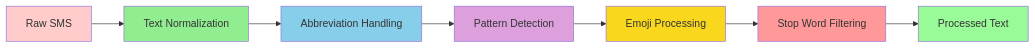
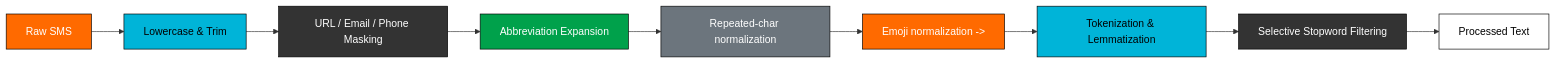
Before and after one commit to fahiiim/Advanced-SMS-SPAM-Classification-STI-Client-Project: the fifth of 5 diagrams in README.md, drawn with Mermaid. The commit also changed other lines of this file, not shown here.

Commit message:
Revise README with technical details and contributor info
Updated technical details and project workflow sections in README.md. Changed project contributor name.

````diff
--- a/README.md
+++ b/README.md
@@ -116,17 +127,21 @@
 ```mermaid
 flowchart LR
-    A[Raw SMS] --> B[Text Normalization]
-    B --> C[Abbreviation Handling]
-    C --> D[Pattern Detection]
-    D --> E[Emoji Processing]
-    E --> F[Stop Word Filtering]
-    F --> G[Processed Text]
+    Raw[Raw SMS] --> Clean[Lowercase & Trim]
+    Clean --> Mask[URL / Email / Phone Masking]
+    Mask --> Abbrev[Abbreviation Expansion]
+    Abbrev --> Repeat[Repeated-char normalization]
+    Repeat --> Emoji[Emoji normalization -> <emoji>]
+    Emoji --> Token[Tokenization & Lemmatization]
+    Token --> Stop[Selective Stopword Filtering]
+    Stop --> Output[Processed Text]
 
-    style A fill:#ffcccb
-    style B fill:#90ee90
-    style C fill:#87ceeb
-    style D fill:#dda0dd
-    style E fill:#f9d71c
-    style F fill:#ff9999
-    style G fill:#98fb98
+    style Raw fill:#FF6A00,stroke:#000000,color:#ffffff
+    style Clean fill:#00B4D8,stroke:#000000,color:#000000
+    style Mask fill:#333333,stroke:#000000,color:#ffffff
+    style Abbrev fill:#00A14B,stroke:#000000,color:#ffffff
+    style Repeat fill:#6C757D,stroke:#000000,color:#ffffff
+    style Emoji fill:#FF6A00,stroke:#000000,color:#ffffff
+    style Token fill:#00B4D8,stroke:#000000,color:#000000
+    style Stop fill:#333333,stroke:#000000,color:#ffffff
+    style Output fill:#ffffff,stroke:#000000,color:#000000
 ```
````
